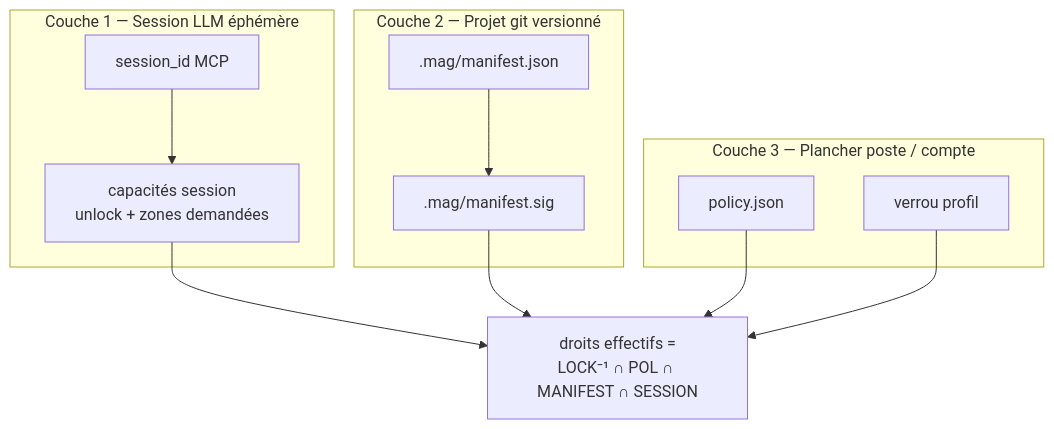
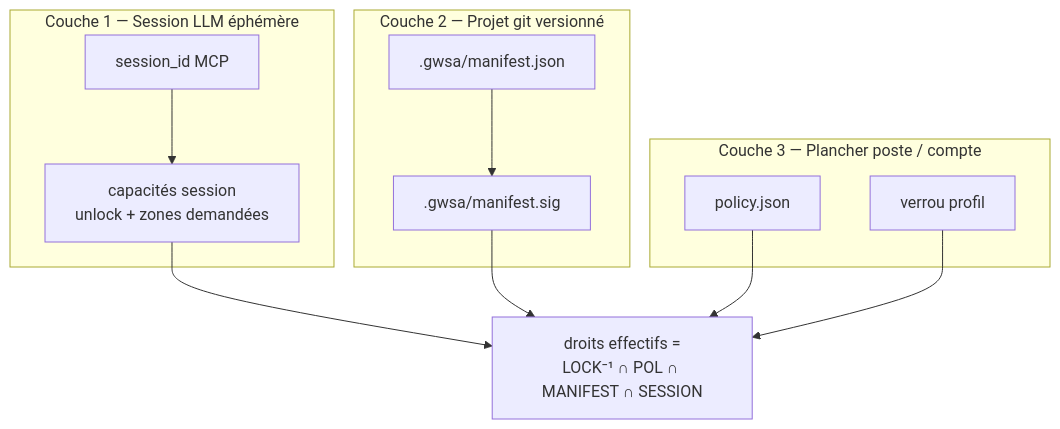
Before and after one commit to elzinko/google-mcp-multi-account: the sixth of 7 diagrams in features/0045-capacites-projet-signees.md, drawn with Mermaid. The commit also changed other lines of this file and 11 other files, not shown here.

````diff
--- a/features/0045-capacites-projet-signees.md
+++ b/features/0045-capacites-projet-signees.md
@@ -545,26 +545,26 @@
 ```mermaid
 flowchart TB
   subgraph session [Couche 1 — Session LLM éphémère]
     SID[session_id MCP]
     SCAP[capacités session\nunlock + zones demandées]
   end
 
   subgraph projet [Couche 2 — Projet git versionné]
-    MAN[.mag/manifest.json]
-    SIG[.mag/manifest.sig]
+    MAN[.gwsa/manifest.json]
+    SIG[.gwsa/manifest.sig]
   end
 
   subgraph poste [Couche 3 — Plancher poste / compte]
     POL[policy.json]
     LOCK[verrou profil]
   end
 
   EFF["droits effectifs =\nLOCK⁻¹ ∩ POL ∩ MANIFEST ∩ SESSION"]
 
   SID --> SCAP
   MAN --> SIG
   SCAP --> EFF
   SIG --> EFF
   POL --> EFF
   LOCK --> EFF
 ```
````
